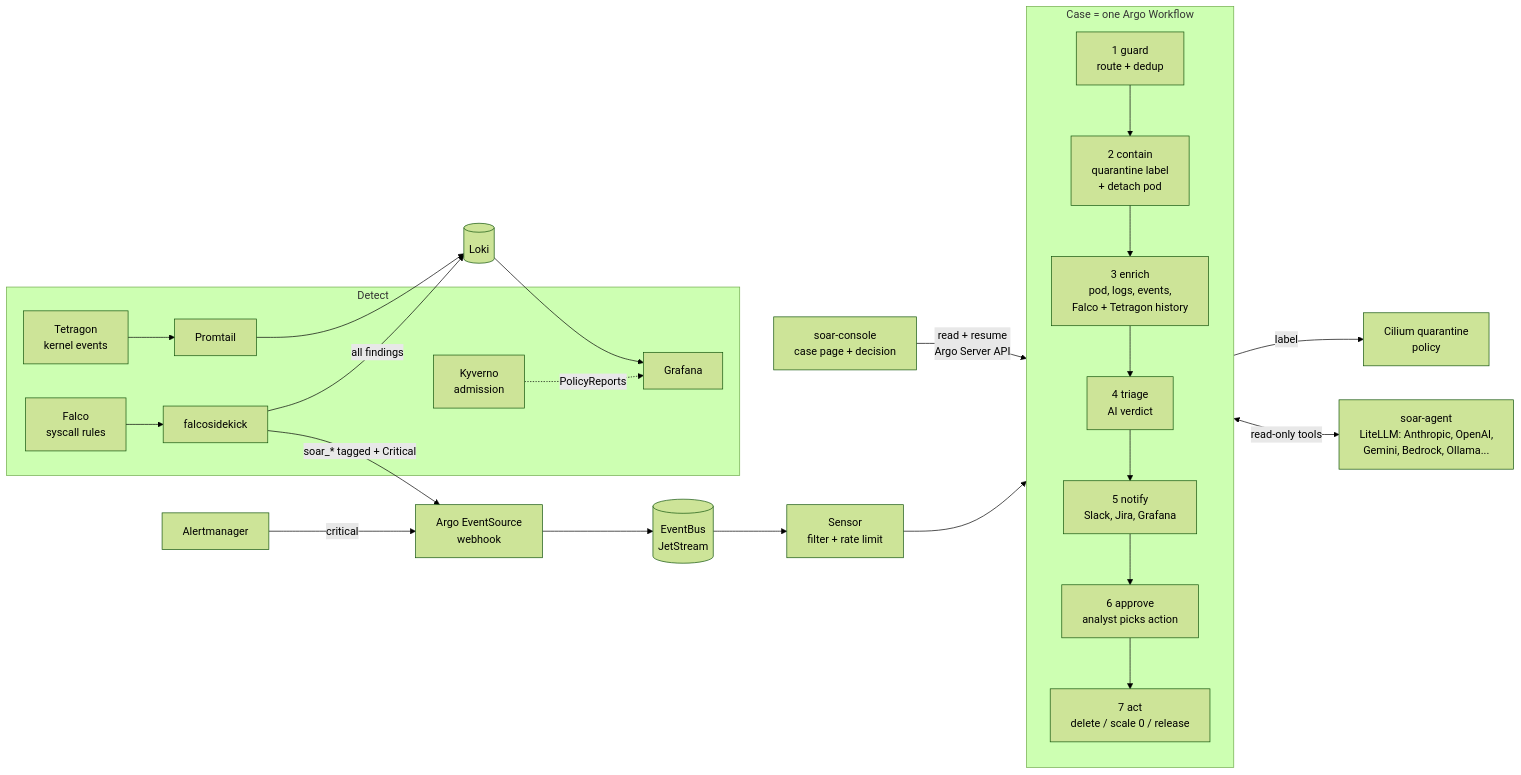
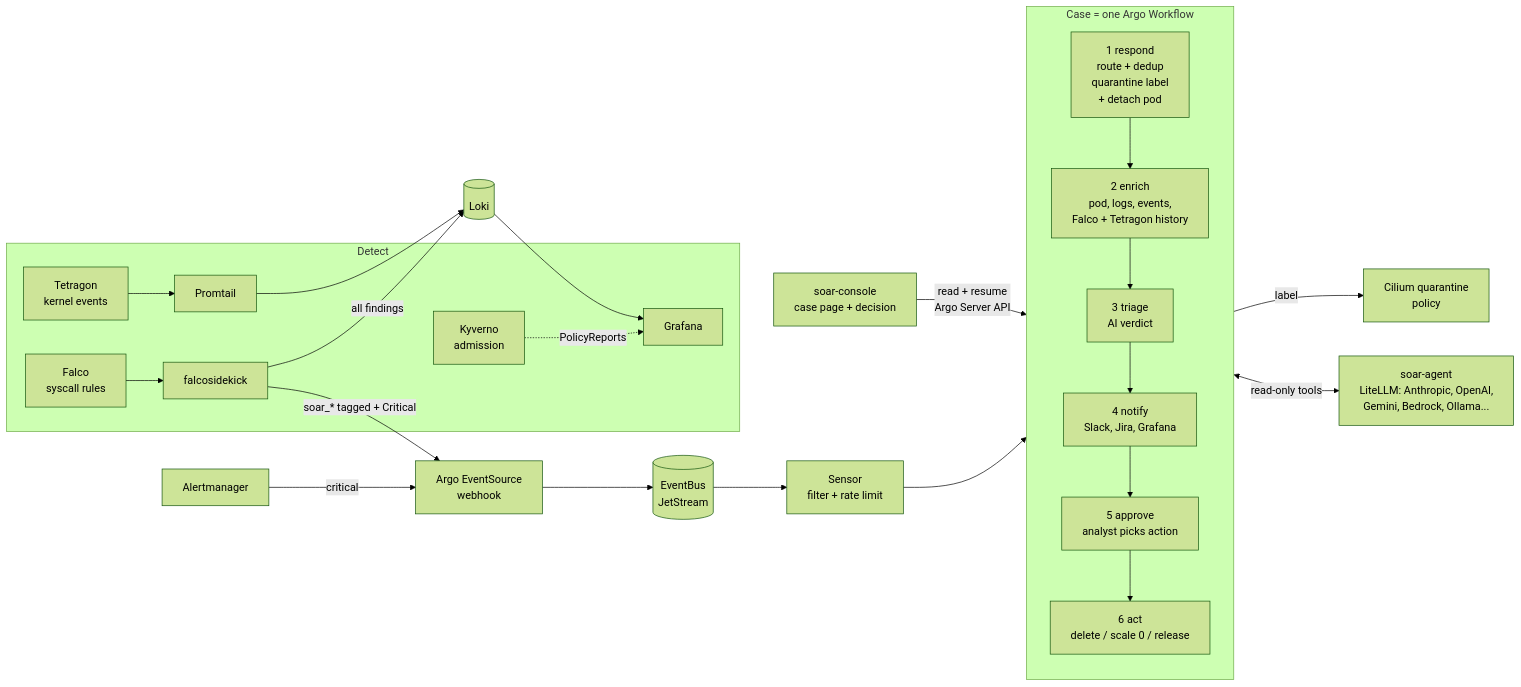
One commit to joesabbagh1/k8s-soar changed the diagram in README.md. Above: the diagram before and after it, drawn with Mermaid (forest theme). The commit also changed other lines of this file and 12 other files, not shown here.

First line of the commit message:
perf: route and quarantine in one workflow step; keep the actions image warm

````diff
--- a/README.md
+++ b/README.md
@@ -12,25 +12,25 @@
 ```mermaid
 flowchart LR
   subgraph Detect
     F[Falco<br/>syscall rules] --> SK[falcosidekick]
     T[Tetragon<br/>kernel events] --> PT[Promtail]
     K[Kyverno<br/>admission] -.PolicyReports.-> G
   end
   SK -->|all findings| L[(Loki)]
   PT --> L
   SK -->|soar_* tagged + Critical| ES[Argo EventSource<br/>webhook]
   AM[Alertmanager] -->|critical| ES
   ES --> EB[(EventBus<br/>JetStream)] --> S[Sensor<br/>filter + rate limit]
   S --> W
 
   subgraph W[Case = one Argo Workflow]
     direction TB
-    g[1 guard<br/>route + dedup] --> c[2 contain<br/>quarantine label<br/>+ detach pod] --> e[3 enrich<br/>pod, logs, events,<br/>Falco + Tetragon history]
-    e --> a[4 triage<br/>AI verdict] --> n[5 notify<br/>Slack, Jira, Grafana] --> ap[6 approve<br/>analyst picks action] --> x[7 act<br/>delete / scale 0 / release]
+    g[1 respond<br/>route + dedup<br/>quarantine label<br/>+ detach pod] --> e[2 enrich<br/>pod, logs, events,<br/>Falco + Tetragon history]
+    e --> a[3 triage<br/>AI verdict] --> n[4 notify<br/>Slack, Jira, Grafana] --> ap[5 approve<br/>analyst picks action] --> x[6 act<br/>delete / scale 0 / release]
   end
   UI[soar-console<br/>case page + decision] -->|read + resume<br/>Argo Server API| W
 
-  c -->|label| CNP[Cilium quarantine<br/>policy]
+  g -->|label| CNP[Cilium quarantine<br/>policy]
   a <-->|read-only tools| AG[soar-agent<br/>LiteLLM: Anthropic, OpenAI,<br/>Gemini, Bedrock, Ollama...]
   L --> G[Grafana]
 ```
````
